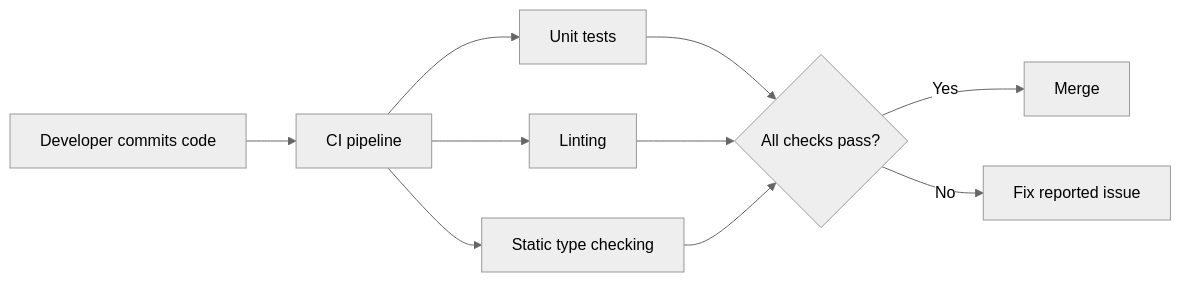
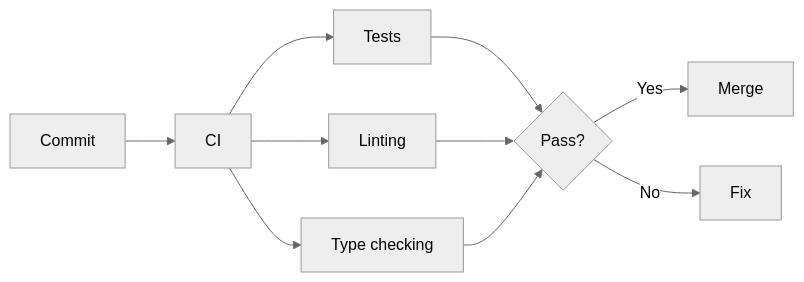
Before and after one commit to AvadhBhalodiya/Interview-Preparation: the fourth of 4 diagrams in src/content/python/type-hints-typing.md, drawn with Mermaid (neutral theme). The commit also changed other lines of this file and 80 other files, not shown here.

````diff
--- a/src/content/python/type-hints-typing.md
+++ b/src/content/python/type-hints-typing.md
@@ -1537,12 +798,12 @@
 ```mermaid
 flowchart LR
-    A[Developer commits code] --> B[CI pipeline]
-    B --> C[Unit tests]
+    A[Commit] --> B[CI]
+    B --> C[Tests]
     B --> D[Linting]
-    B --> E[Static type checking]
-    C --> F{All checks pass?}
+    B --> E[Type checking]
+    C --> F{Pass?}
     D --> F
     E --> F
     F -->|Yes| G[Merge]
-    F -->|No| H[Fix reported issue]
+    F -->|No| H[Fix]
 ```
````
